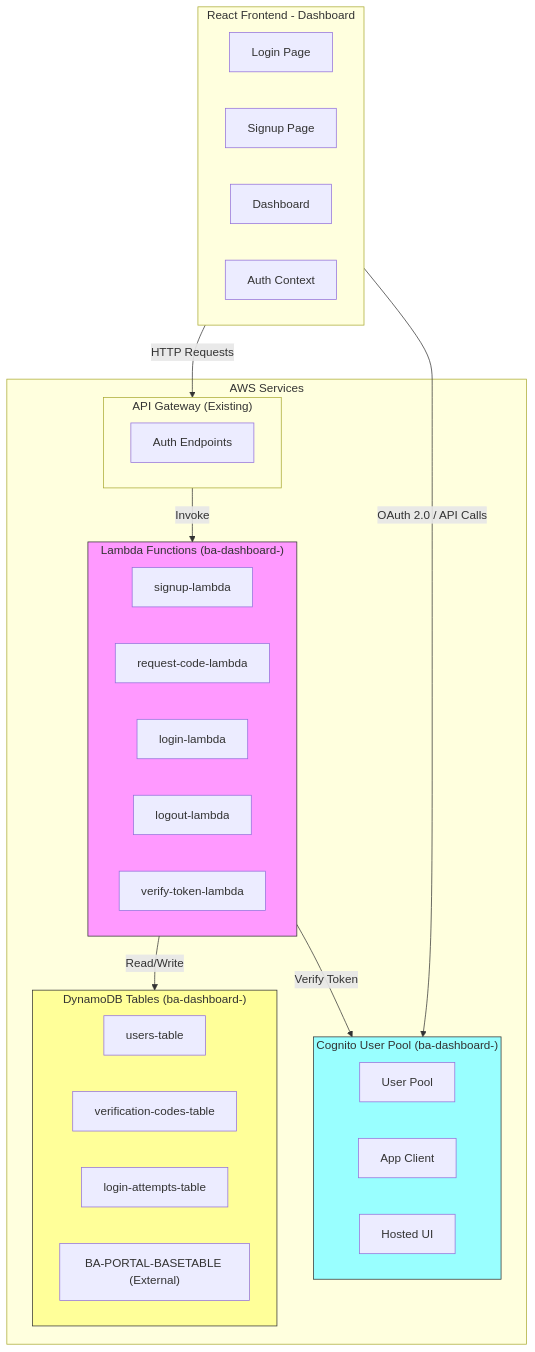
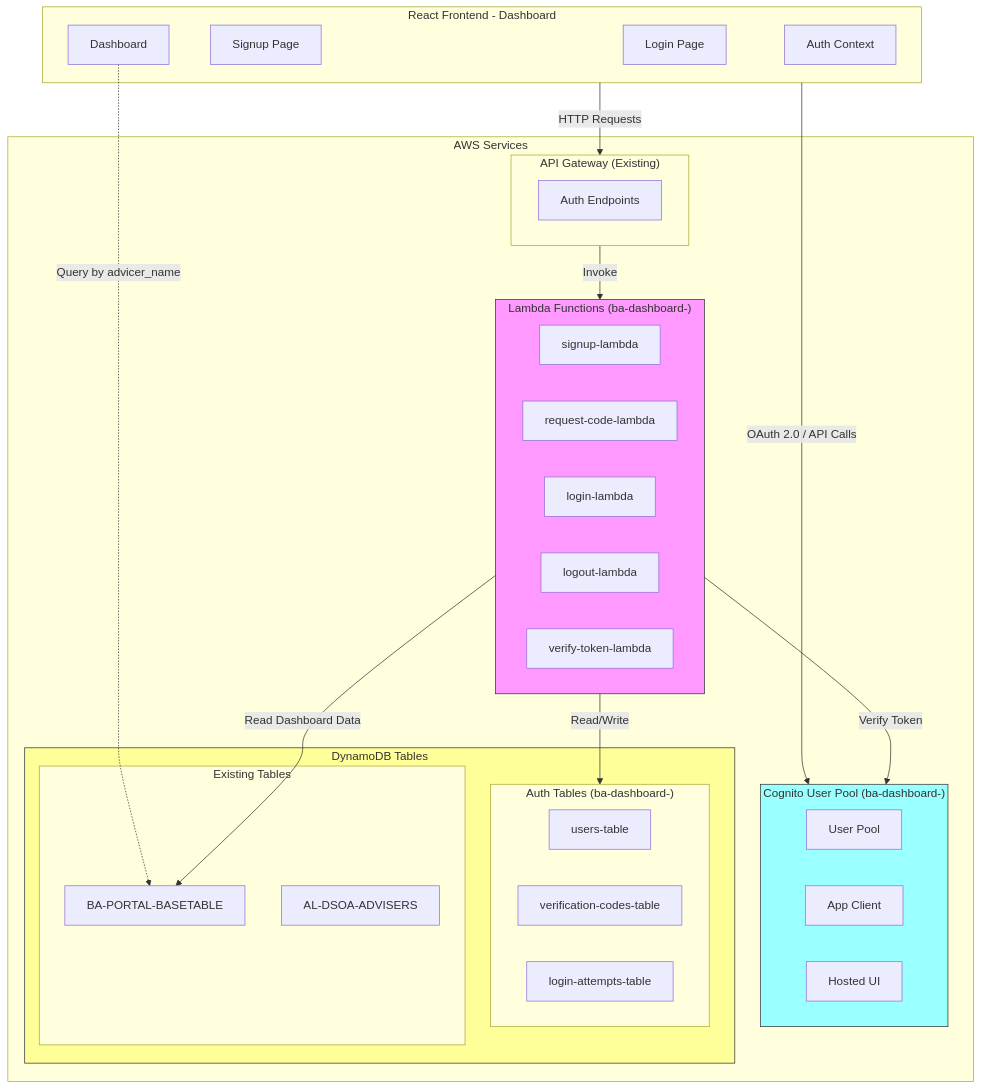
Before and after one commit to DilkuYahoo/tutorai: the first of 3 diagrams in app/ba-portal/PLAN-login-system.md, drawn with Mermaid. The commit also changed other lines of this file, not shown here.

First line of the commit message:
refactor(auth): change login system to use advicer_name linkage instead of record duplication

````diff
--- a/app/ba-portal/PLAN-login-system.md
+++ b/app/ba-portal/PLAN-login-system.md
@@ -32,46 +35,55 @@
 ```mermaid
 flowchart TB
     subgraph Frontend["React Frontend - Dashboard"]
         LoginPage["Login Page"]
         SignupPage["Signup Page"]
         Dashboard["Dashboard"]
         AuthContext["Auth Context"]
     end
     
     subgraph AWS["AWS Services"]
         subgraph Cognito["Cognito User Pool (ba-dashboard-)"]
             UserPool["User Pool"]
             AppClient["App Client"]
             HostedUI["Hosted UI"]
         end
         
         subgraph APIGateway["API Gateway (Existing)"]
             AuthAPI["Auth Endpoints"]
         end
         
         subgraph Lambda["Lambda Functions (ba-dashboard-)"]
             SignupLambda["signup-lambda"]
             RequestCodeLambda["request-code-lambda"]
             LoginLambda["login-lambda"]
             LogoutLambda["logout-lambda"]
             VerifyTokenLambda["verify-token-lambda"]
         end
         
-        subgraph DynamoDB["DynamoDB Tables (ba-dashboard-)"]
-            UsersTable["users-table"]
-            VerificationCodesTable["verification-codes-table"]
-            LoginAttemptsTable["login-attempts-table"]
-            BaseTable["BA-PORTAL-BASETABLE (External)"]
+        subgraph DynamoDB["DynamoDB Tables"]
+            subgraph AuthTables["Auth Tables (ba-dashboard-)"]
+                UsersTable["users-table"]
+                VerificationCodesTable["verification-codes-table"]
+                LoginAttemptsTable["login-attempts-table"]
+            end
+            
+            subgraph ExistingTables["Existing Tables"]
+                BASETable["BA-PORTAL-BASETABLE"]
+                AdvisersTable["AL-DSOA-ADVISERS"]
+            end
         end
     end
     
     Frontend -->|"OAuth 2.0 / API Calls"| Cognito
     Frontend -->|"HTTP Requests"| APIGateway
     APIGateway -->|"Invoke"| Lambda
-    Lambda -->|"Read/Write"| DynamoDB
+    Lambda -->|"Read/Write"| AuthTables
+    Lambda -->|"Read Dashboard Data"| BASETable
     Lambda -->|"Verify Token"| Cognito
+    
+    Dashboard -.->|"Query by advicer_name"| BASETable
     
     style Lambda fill:#f9f,stroke:#333
     style DynamoDB fill:#ff9,stroke:#333
     style Cognito fill:#9ff,stroke:#333
 ```
````
